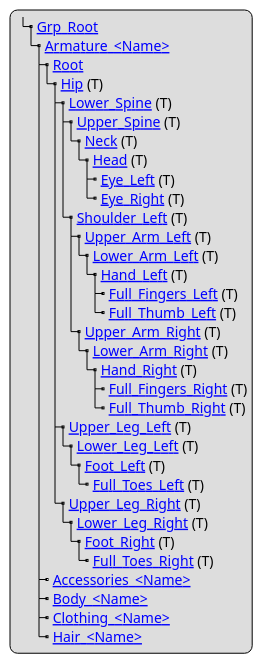
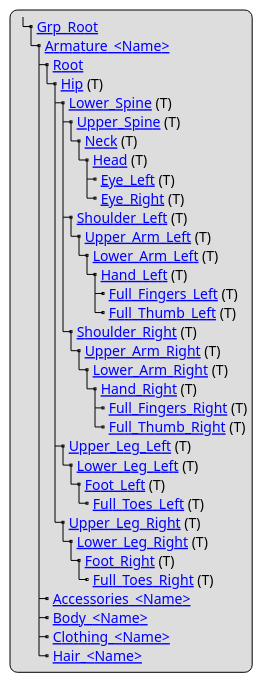
Before and after one commit to asam-ev/OpenMATERIAL: the diagram in content/geometry/object-human/human-structure.adoc, drawn with PlantUML. The commit also changed other lines of this file, not shown here.

Commit message:
added right shoulder

```diff
--- a/content/geometry/object-human/human-structure.adoc
+++ b/content/geometry/object-human/human-structure.adoc
@@ -5,38 +5,39 @@
 [plantuml]
 ----
 legend
 |_ [[../geometry/object-human/human-index.html#_grp_root Grp_Root]]
   |_ [[../geometry/object-human/human-index.html#_armature_name Armature_<Name>]]
     |_ [[../geometry/object-human/human-index.html#_root Root]]
       |_ [[../geometry/object-human/human-index.html#_hip_t Hip]] (T)
         |_ [[../geometry/object-human/human-index.html#_lower_spine_t Lower_Spine]] (T)
           |_ [[../geometry/object-human/human-index.html#_upper_spine_t Upper_Spine]] (T)
             |_ [[../geometry/object-human/human-index.html#_neck_t Neck]] (T)
               |_ [[../geometry/object-human/human-index.html#_head_t Head]] (T)
                 |_ [[../geometry/object-human/human-index.html#_eye_left_t Eye_Left]] (T)
                 |_ [[../geometry/object-human/human-index.html#_eye_right_t Eye_Right]] (T)
           |_ [[../geometry/object-human/human-index.html#_shoulder_left_t Shoulder_Left]] (T)
             |_ [[../geometry/object-human/human-index.html#_upper_arm_left_t Upper_Arm_Left]] (T)
               |_ [[../geometry/object-human/human-index.html#_lower_arm_left_t Lower_Arm_Left]] (T)
                 |_ [[../geometry/object-human/human-index.html#_hand_left_t Hand_Left]] (T)
                   |_ [[../geometry/object-human/human-index.html#_full_lingers_left_t Full_Fingers_Left]] (T)
                   |_ [[../geometry/object-human/human-index.html#_full_thumb_left_t Full_Thumb_Left]] (T)
+          |_ [[../geometry/object-human/human-index.html#_shoulder_right_t Shoulder_Right]] (T)
             |_ [[../geometry/object-human/human-index.html#_upper_arm_right_t Upper_Arm_Right]] (T)
               |_ [[../geometry/object-human/human-index.html#_lower_arm_right_t Lower_Arm_Right]] (T)
                 |_ [[../geometry/object-human/human-index.html#_hand_right_t Hand_Right]] (T)
                   |_ [[../geometry/object-human/human-index.html#_full_fingers_right_t Full_Fingers_Right]] (T)
                   |_ [[../geometry/object-human/human-index.html#_full_thumb_right_t Full_Thumb_Right]] (T)
         |_ [[../geometry/object-human/human-index.html#_upper_leg_left_t Upper_Leg_Left]] (T)
           |_ [[../geometry/object-human/human-index.html#_lower_leg_left_t Lower_Leg_Left]] (T)
             |_ [[../geometry/object-human/human-index.html#_foot_left_t Foot_Left]] (T)
               |_ [[../geometry/object-human/human-index.html#_full_toes_left_t Full_Toes_Left]] (T)
         |_ [[../geometry/object-human/human-index.html#_upper_leg_right_t Upper_Leg_Right]] (T)
           |_ [[../geometry/object-human/human-index.html#_lower_leg_right_t Lower_Leg_Right]] (T)
             |_ [[../geometry/object-human/human-index.html#_foot_right_t Foot_Right]] (T)
               |_ [[../geometry/object-human/human-index.html#_full_toes_right_t Full_Toes_Right]] (T)
     |_ [[../geometry/object-human/human-index.html#_accessories_name Accessories_<Name>]]
     |_ [[../geometry/object-human/human-index.html#_body_name Body_<Name>]]
     |_ [[../geometry/object-human/human-index.html#_clothing_name Clothing_<Name>]]
     |_ [[../geometry/object-human/human-index.html#_hair_name Hair_<Name>]]
 end legend
 ----
```
